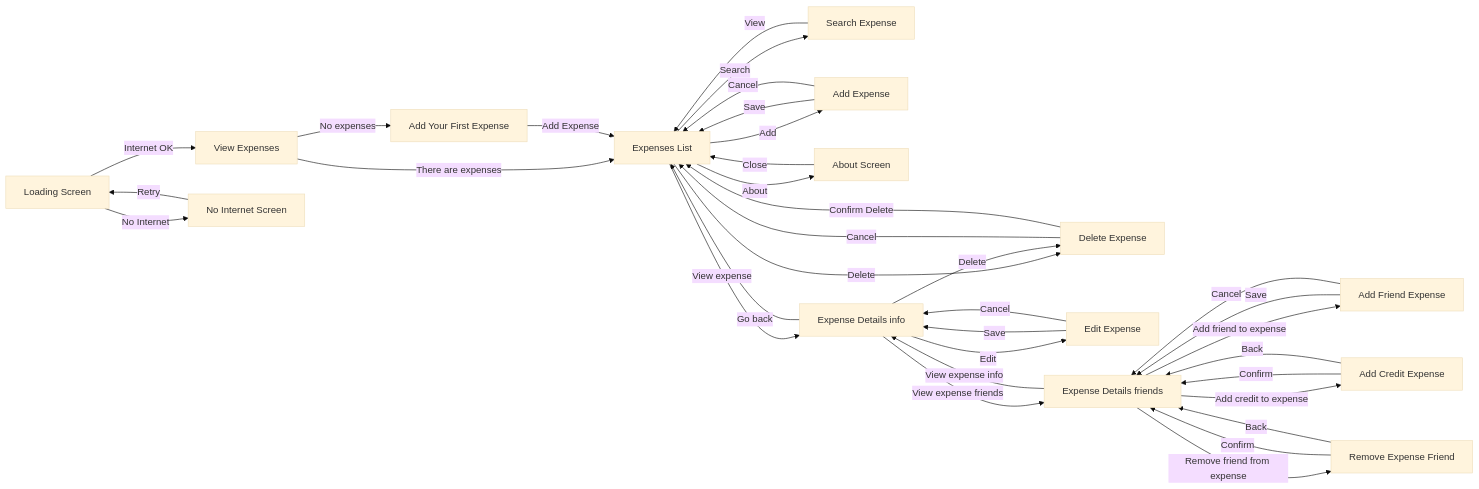
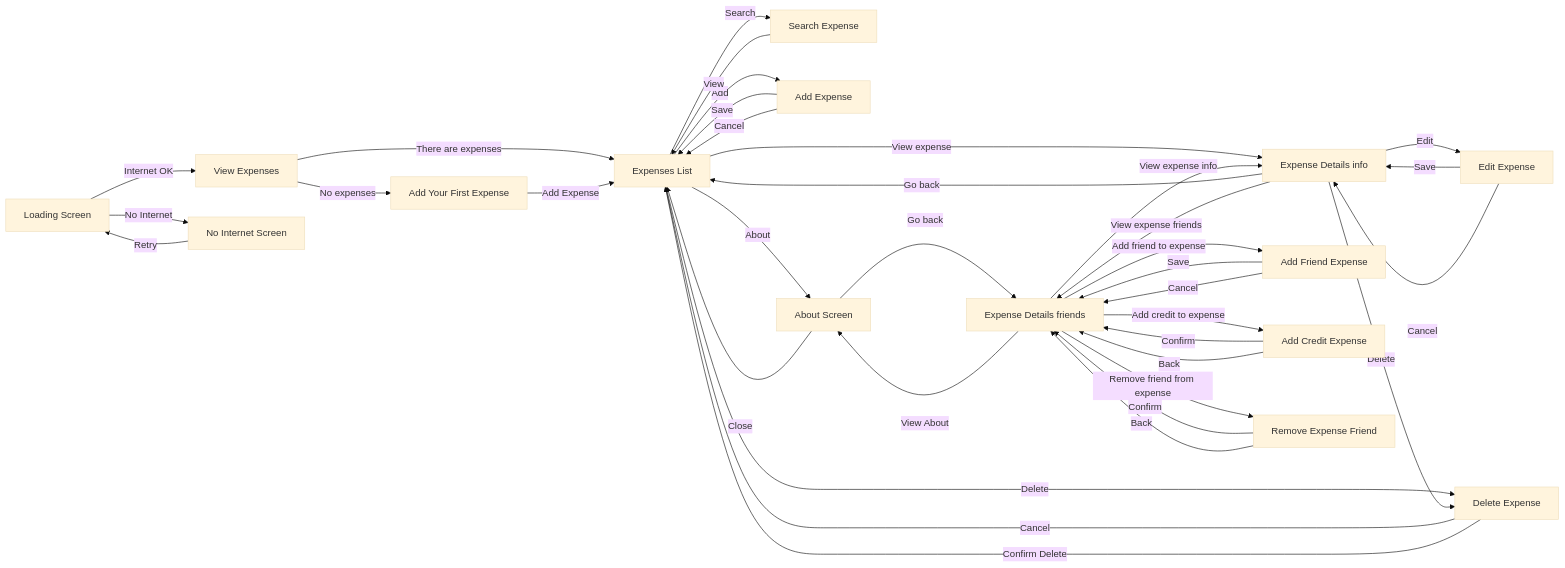
One commit to alexborrazasm/ipm changed the fifth of 7 diagrams in docs/diseño_sw.md. Above: the diagram before and after it, drawn with Mermaid (base theme). The commit also changed other lines of this file, not shown here.

````diff
--- a/docs/diseño_sw.md
+++ b/docs/diseño_sw.md
@@ -438,52 +438,55 @@
 ```mermaid
 flowchart LR
 
     A[Loading Screen] -->|Internet OK| B[View Expenses]
     A -->|No Internet| C[No Internet Screen]
 
     B -->|There are expenses| D[Expenses List]
     B -->|No expenses| E[Add Your First Expense]
 
     D -->|Search| F[Search Expense]
     D -->|Add| G[Add Expense]
     D -->|About| H[About Screen]
     D -->|View expense| I[Expense Details info]
     D -->|Delete| J[Delete Expense]
 
     I -->|Go back| D
     I -->|Delete| J
     I -->|Edit| L[Edit Expense]
     I -->|View expense friends| K[Expense Details friends]
 
     K -->|View expense info| I
+    K --> |View About| H
+
     K -->|Add friend to expense| M[Add Friend Expense]
     K -->|Add credit to expense| N[Add Credit Expense]
     K -->|Remove friend from expense| O[Remove Expense Friend]
 
     O --> |Confirm| K
     O --> |Back| K
 
     N -->|Confirm| K
     N -->|Back| K
 
     M --> |Save| K
     M --> |Cancel| K
     
     L -->|Save| I
     L -->|Cancel| I
  
     J -->|Cancel| D
     J -->|Confirm Delete| D
 
     G -->|Save| D
     G -->|Cancel| D
 
     H -->|Close| D
+    H --> |Go back| K
 
     F -->|View| D
 
     E -->|Add Expense| D
 
     C -->|Retry| A
 
 ```
````
